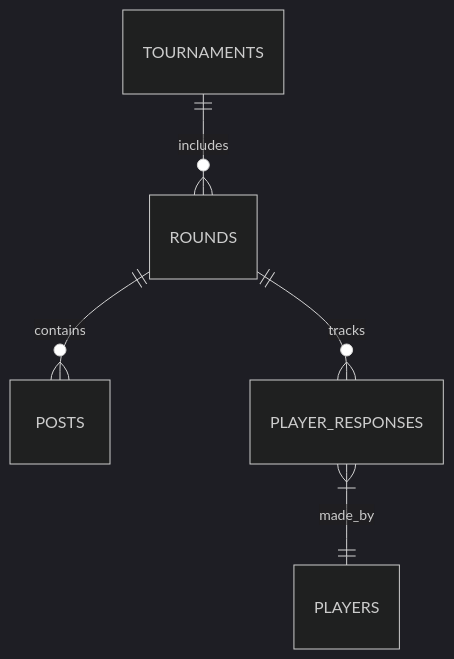
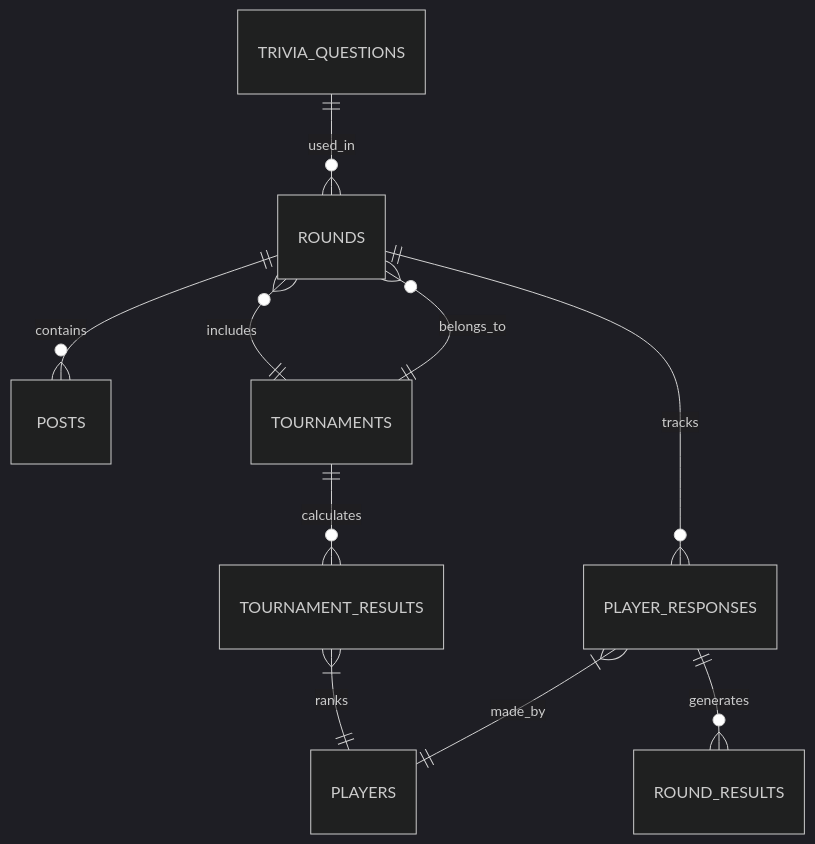
Before and after one commit to mikeisfree/bsky-movie-guesser: the fourth of 5 diagrams in memory-bank/systemPatterns.md, drawn with Mermaid (dark theme). The commit also changed other lines of this file and 12 other files, not shown here.

````diff
--- a/memory-bank/systemPatterns.md
+++ b/memory-bank/systemPatterns.md
@@ -133,7 +168,12 @@
 ```mermaid
 erDiagram
     ROUNDS ||--o{ POSTS : contains
     ROUNDS ||--o{ PLAYER_RESPONSES : tracks
+    ROUNDS }o--|| TOURNAMENTS : belongs_to
     TOURNAMENTS ||--o{ ROUNDS : includes
     PLAYER_RESPONSES }|--|| PLAYERS : made_by
+    TOURNAMENTS ||--o{ TOURNAMENT_RESULTS : calculates
+    TOURNAMENT_RESULTS }|--|| PLAYERS : ranks
+    PLAYER_RESPONSES ||--o{ ROUND_RESULTS : generates
+    TRIVIA_QUESTIONS ||--o{ ROUNDS : used_in
 ```
````
